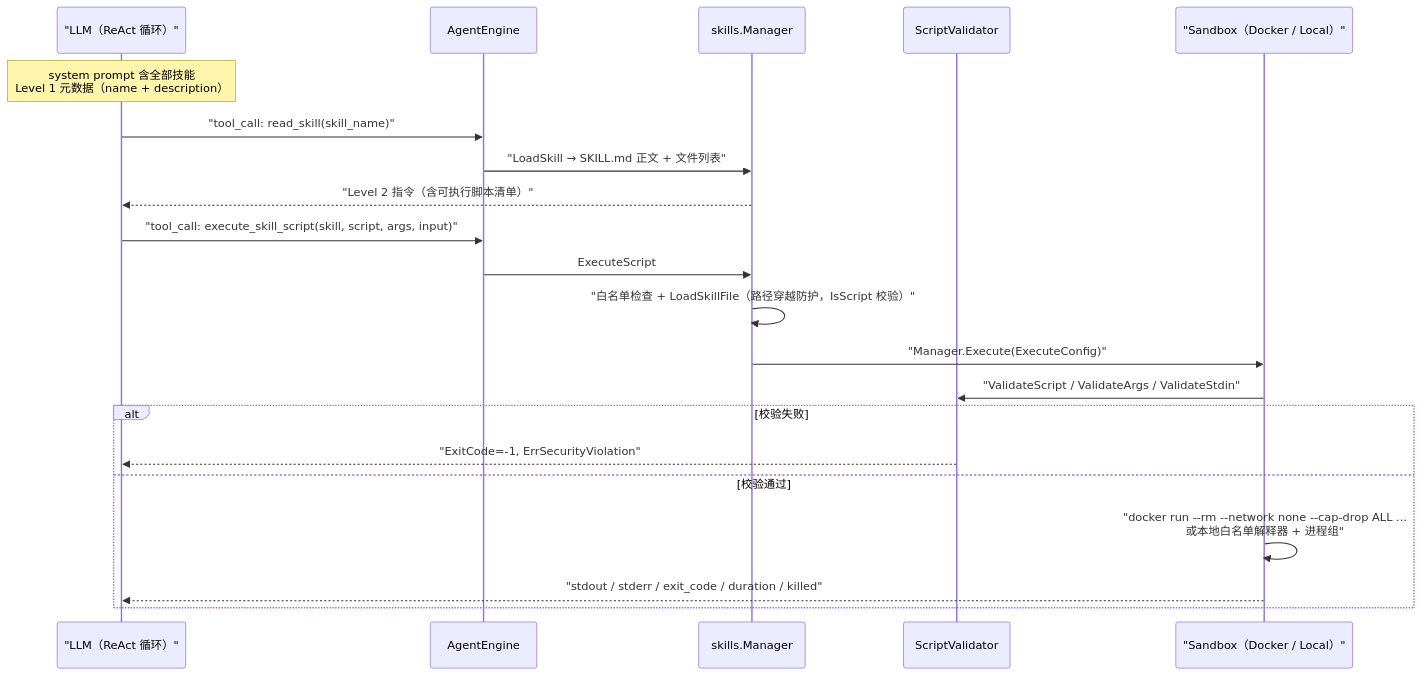
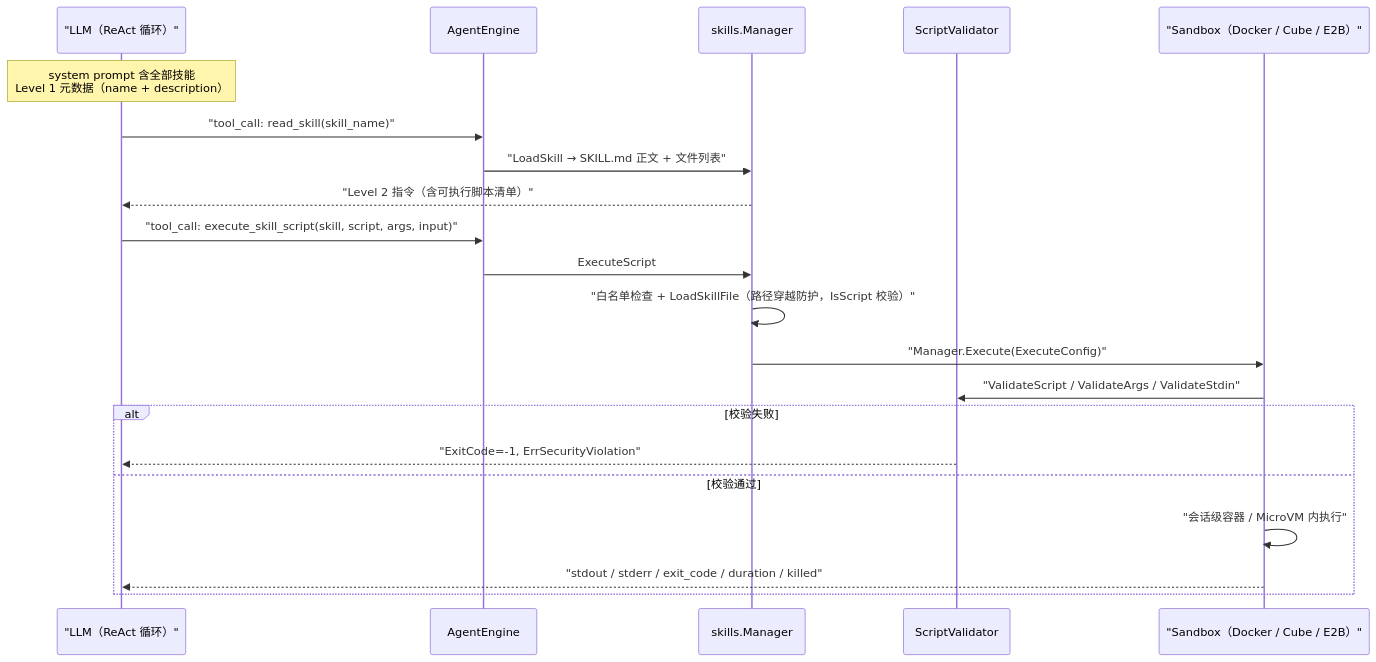
The third of 3 diagrams in website-docs/03-features/07-agent.md (Tencent/WeKnora), drawn with Mermaid before and after one commit. The commit also changed other lines of this file and 56 other files, not shown here.

First line of the commit message:
feat(sandbox): remove the Local host-process backend

````diff
--- a/website-docs/03-features/07-agent.md
+++ b/website-docs/03-features/07-agent.md
@@ -434,24 +432,24 @@
 ```mermaid
 sequenceDiagram
     participant LLM as "LLM（ReAct 循环）"
     participant ENG as AgentEngine
     participant SK as skills.Manager
     participant VAL as ScriptValidator
-    participant SBX as "Sandbox（Docker / Local）"
+    participant SBX as "Sandbox（Docker / Cube / E2B）"
 
     Note over LLM: system prompt 含全部技能<br/>Level 1 元数据（name + description）
     LLM->>ENG: "tool_call: read_skill(skill_name)"
     ENG->>SK: "LoadSkill → SKILL.md 正文 + 文件列表"
     SK-->>LLM: "Level 2 指令（含可执行脚本清单）"
     LLM->>ENG: "tool_call: execute_skill_script(skill, script, args, input)"
     ENG->>SK: ExecuteScript
     SK->>SK: "白名单检查 + LoadSkillFile（路径穿越防护，IsScript 校验）"
     SK->>SBX: "Manager.Execute(ExecuteConfig)"
     SBX->>VAL: "ValidateScript / ValidateArgs / ValidateStdin"
     alt 校验失败
         VAL-->>LLM: "ExitCode=-1, ErrSecurityViolation"
     else 校验通过
-        SBX->>SBX: "docker run --rm --network none --cap-drop ALL ...<br/>或本地白名单解释器 + 进程组"
+        SBX->>SBX: "会话级容器 / MicroVM 内执行"
         SBX-->>LLM: "stdout / stderr / exit_code / duration / killed"
     end
 ```
````
